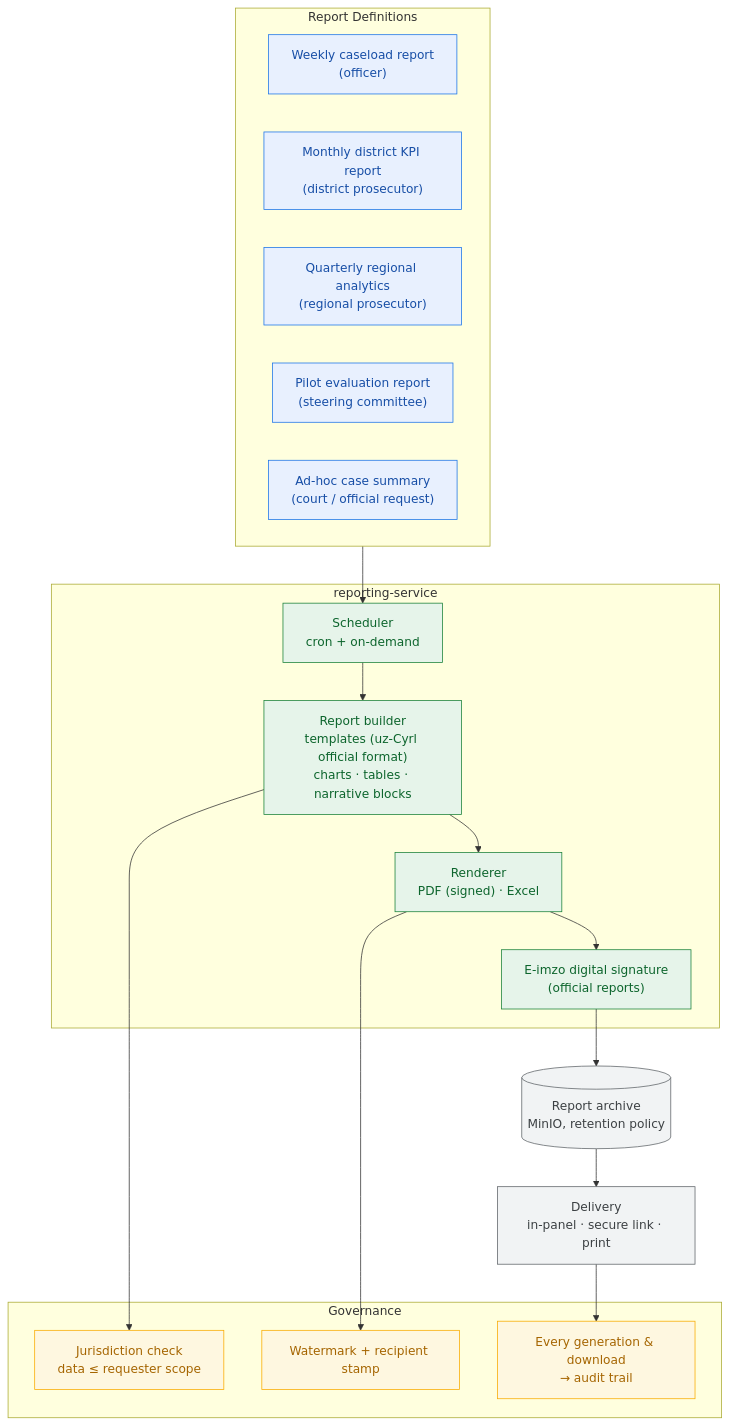
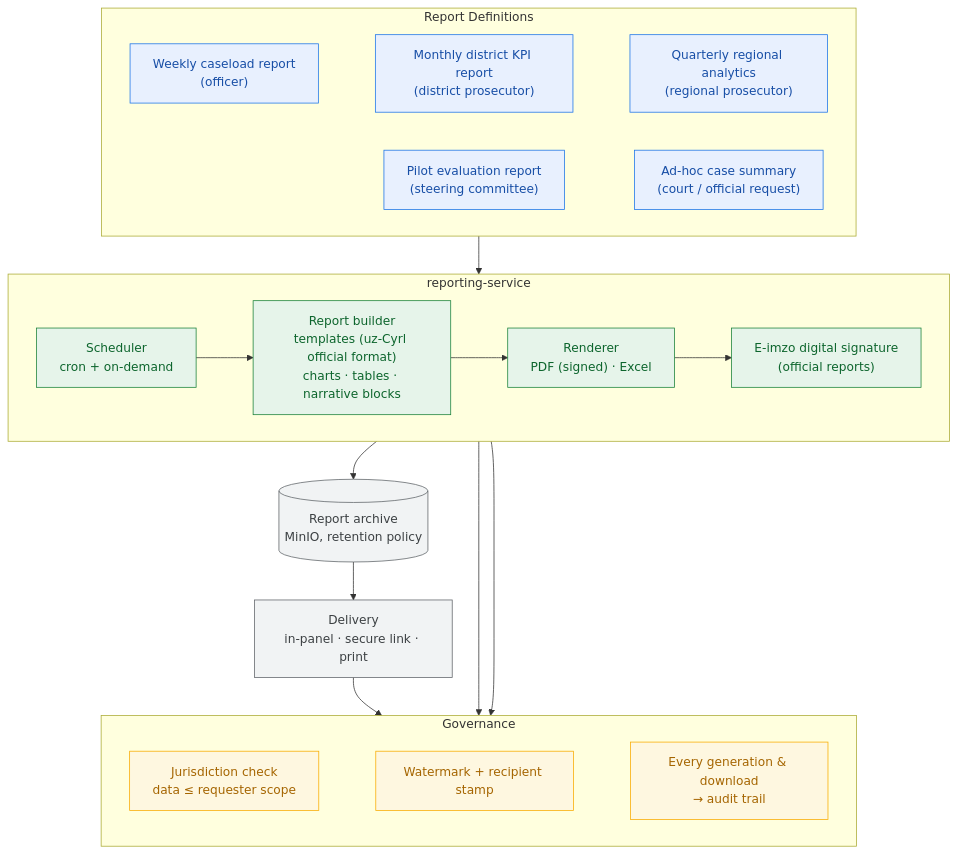
The fourth of 4 diagrams in docs/07-applications-analytics.md (baxtbekjumayev74-byte/Yangi-hayot), drawn with Mermaid before and after one commit. The commit also changed other lines of this file and 5 other files, not shown here.

First line of the commit message:
Refine diagram layouts for presentation rendering

````diff
--- a/docs/07-applications-analytics.md
+++ b/docs/07-applications-analytics.md
@@ -213,40 +211,38 @@
 ```mermaid
 flowchart TB
     subgraph DEF["Report Definitions"]
-        T1["Weekly caseload report<br/>(officer)"]
-        T2["Monthly district KPI report<br/>(district prosecutor)"]
-        T3["Quarterly regional analytics<br/>(regional prosecutor)"]
-        T4["Pilot evaluation report<br/>(steering committee)"]
-        T5["Ad-hoc case summary<br/>(court / official request)"]
+        direction LR
+        T1["Weekly caseload report<br/>(officer)"] ~~~ T2["Monthly district KPI report<br/>(district prosecutor)"] ~~~ T3["Quarterly regional analytics<br/>(regional prosecutor)"]
+        T4["Pilot evaluation report<br/>(steering committee)"] ~~~ T5["Ad-hoc case summary<br/>(court / official request)"]
     end
 
     subgraph GEN["reporting-service"]
+        direction LR
         SCHEDR["Scheduler<br/>cron + on-demand"]
         BUILD["Report builder<br/>templates (uz-Cyrl official format)<br/>charts · tables · narrative blocks"]
         RENDER["Renderer<br/>PDF (signed) · Excel"]
         SIGNR["E-imzo digital signature<br/>(official reports)"]
     end
 
     subgraph GOVR["Governance"]
-        SCOPEC["Jurisdiction check<br/>data ≤ requester scope"]
-        WATERM["Watermark + recipient stamp"]
-        AUDR["Every generation & download<br/>→ audit trail"]
+        direction LR
+        SCOPEC["Jurisdiction check<br/>data ≤ requester scope"] ~~~ WATERM["Watermark + recipient stamp"] ~~~ AUDR["Every generation & download<br/>→ audit trail"]
     end
 
     STORE2[("Report archive<br/>MinIO, retention policy")]
     DELIV2["Delivery<br/>in-panel · secure link · print"]
 
     DEF --> SCHEDR --> BUILD --> RENDER --> SIGNR --> STORE2 --> DELIV2
     BUILD --> SCOPEC
     RENDER --> WATERM
     DELIV2 --> AUDR
 
     classDef d fill:#e8f0fe,stroke:#1a73e8,color:#174ea6
     classDef g fill:#e6f4ea,stroke:#188038,color:#0d652d
     classDef v fill:#fef7e0,stroke:#f9ab00,color:#a56500
     classDef s fill:#f1f3f4,stroke:#5f6368,color:#3c4043
     class T1,T2,T3,T4,T5 d
     class SCHEDR,BUILD,RENDER,SIGNR g
     class SCOPEC,WATERM,AUDR v
     class STORE2,DELIV2 s
 ```
````
